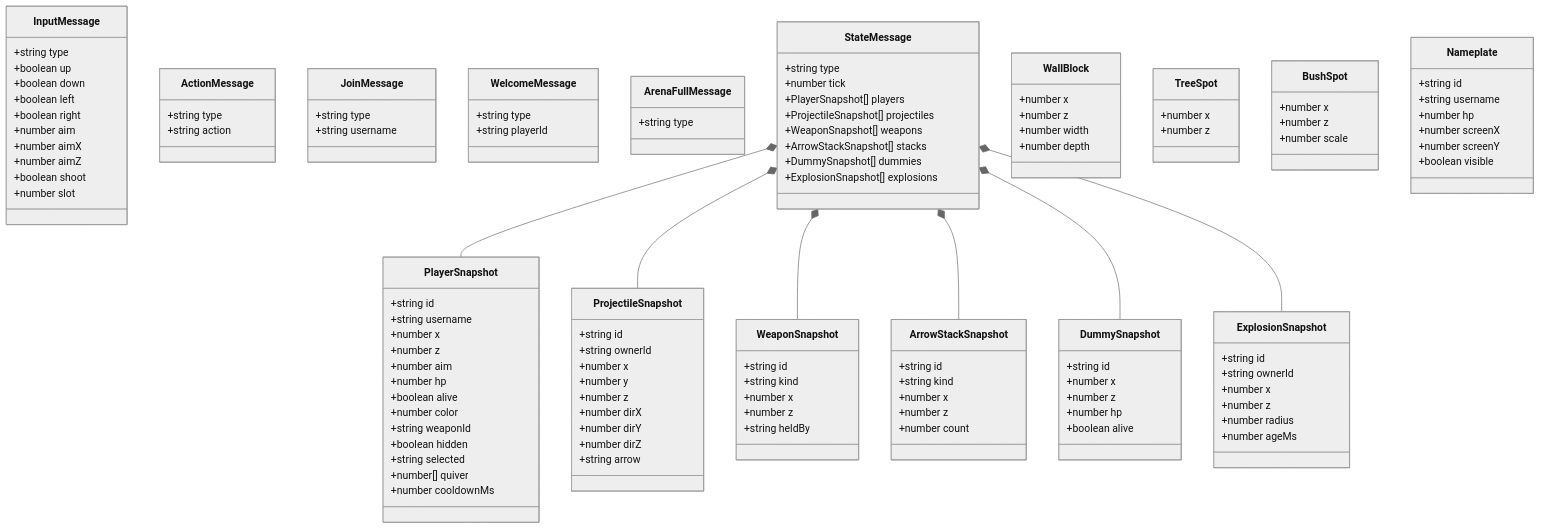
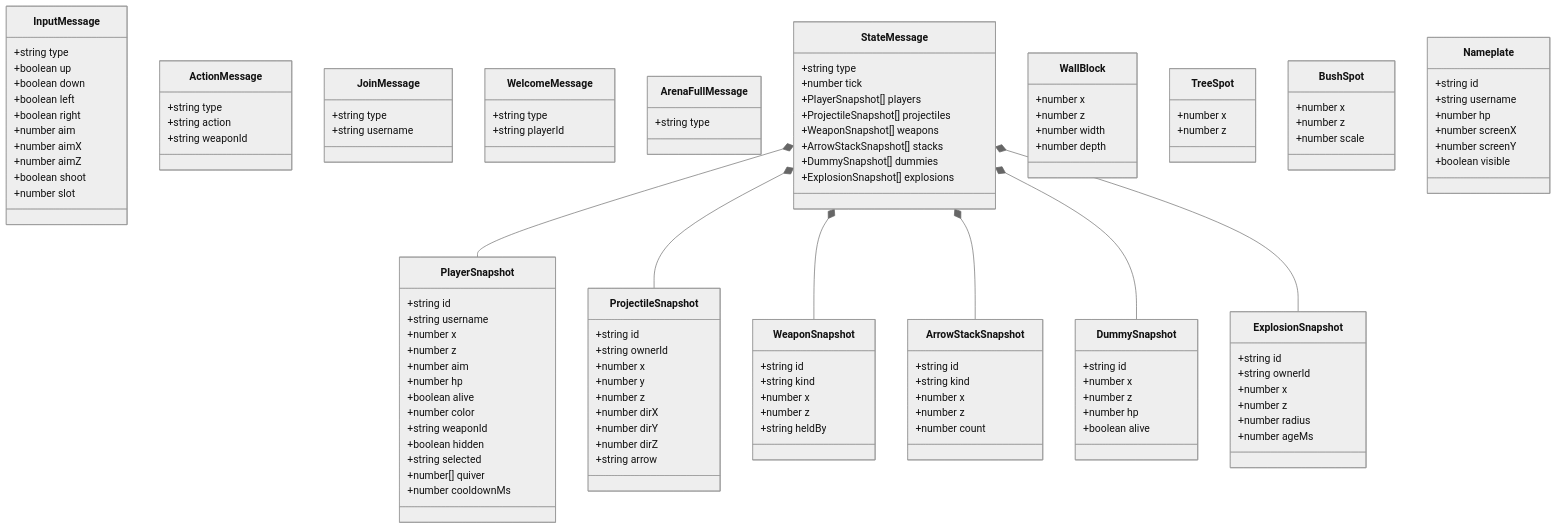
Before and after one commit to gabe-crafting/bowcraft: the fourth of 4 diagrams in docs/class-map.md, drawn with Mermaid (neutral theme). The commit also changed other lines of this file and 21 other files, not shown here.

```diff
--- a/docs/class-map.md
+++ b/docs/class-map.md
@@ -351,6 +357,7 @@
   class ActionMessage {
     +string type
     +string action
+    +string weaponId
   }
   class JoinMessage {
     +string type
```
